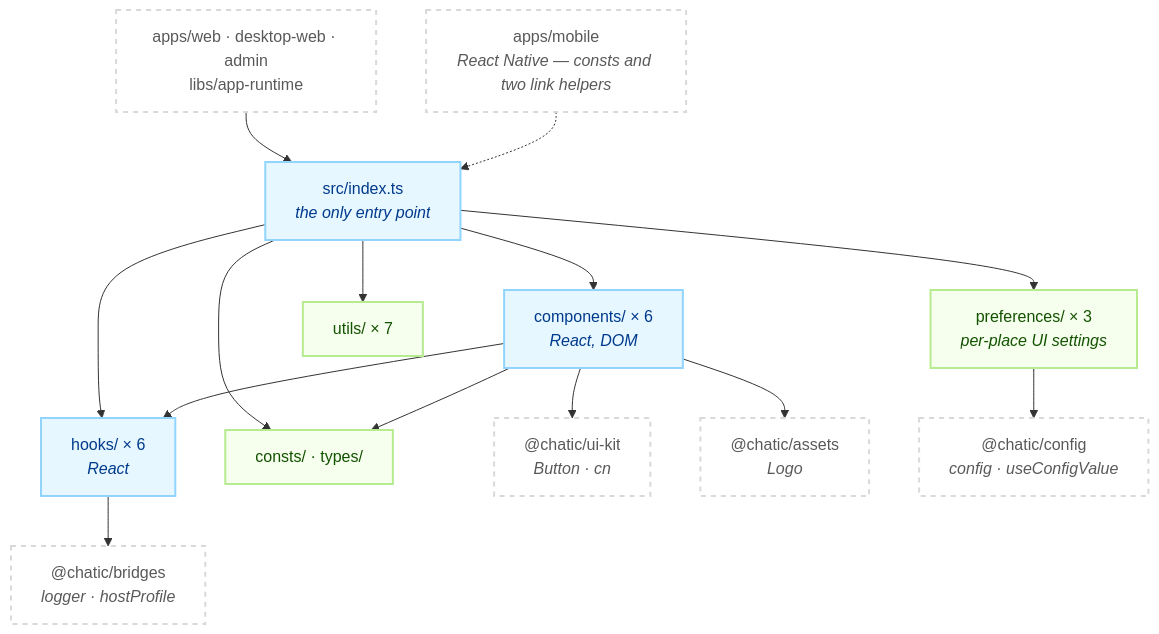
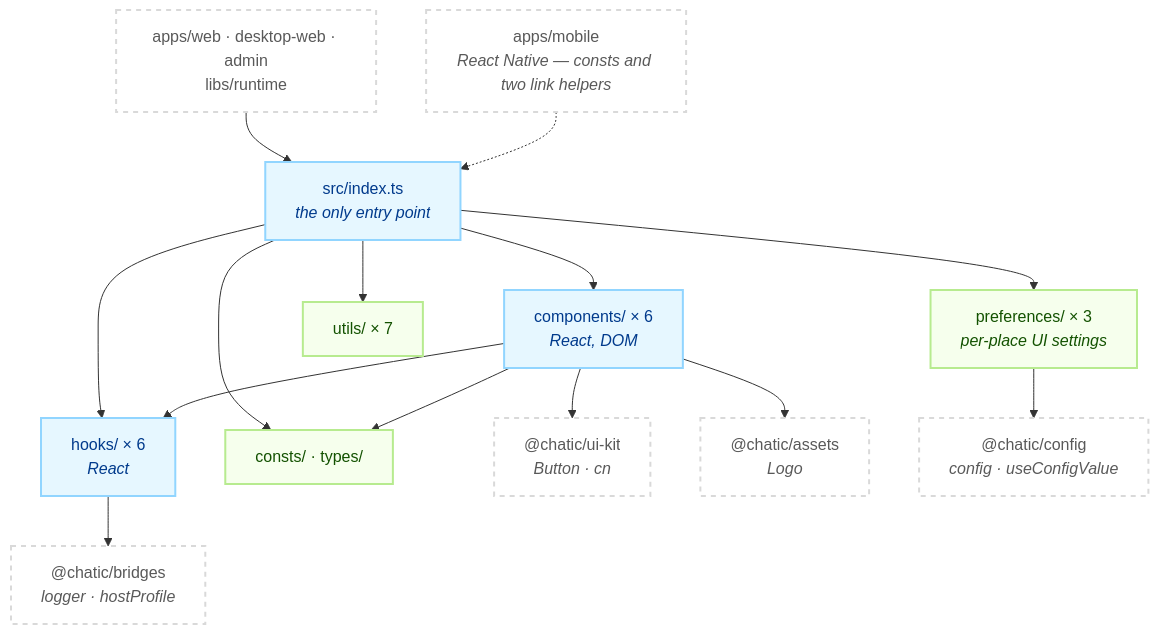
Before and after one commit to lemoncloud-io/dou-app: the first of 2 diagrams in libs/shared/README.md, drawn with Mermaid. The commit also changed other lines of this file and 357 other files, not shown here.

First line of the commit message:
refactor(runtime,runtime-client,runtime-web,host): rename app-runtime to runtime, the facade

````diff
--- a/libs/shared/README.md
+++ b/libs/shared/README.md
@@ -129,36 +129,36 @@
 ```mermaid
 flowchart TD
     classDef grp fill:#e6f7ff,stroke:#91d5ff,stroke-width:2px,color:#003a8c;
     classDef pure fill:#f6ffed,stroke:#b7eb8f,stroke-width:2px,color:#135200;
     classDef ext fill:#ffffff,stroke:#d9d9d9,stroke-width:2px,color:#595959,stroke-dasharray: 5 5;
 
-    App["apps/web · desktop-web · admin<br/>libs/app-runtime"]:::ext
+    App["apps/web · desktop-web · admin<br/>libs/runtime"]:::ext
     RN["apps/mobile<br/><i>React Native — consts and two link helpers</i>"]:::ext
 
     Barrel["src/index.ts<br/><i>the only entry point</i>"]:::grp
 
     Comp["components/ × 6<br/><i>React, DOM</i>"]:::grp
     Hooks["hooks/ × 6<br/><i>React</i>"]:::grp
     Prefs["preferences/ × 3<br/><i>per-place UI settings</i>"]:::pure
     Utils["utils/ × 7"]:::pure
     Const["consts/ · types/"]:::pure
 
     UiKit["@chatic/ui-kit<br/><i>Button · cn</i>"]:::ext
     Assets["@chatic/assets<br/><i>Logo</i>"]:::ext
     Bridges["@chatic/bridges<br/><i>logger · hostProfile</i>"]:::ext
     Cfg["@chatic/config<br/><i>config · useConfigValue</i>"]:::ext
 
     App --> Barrel
     RN -.-> Barrel
     Barrel --> Comp
     Barrel --> Hooks
     Barrel --> Prefs
     Barrel --> Utils
     Barrel --> Const
     Comp --> Hooks
     Comp --> Const
     Comp --> UiKit
     Comp --> Assets
     Hooks --> Bridges
     Prefs --> Cfg
 ```
````
